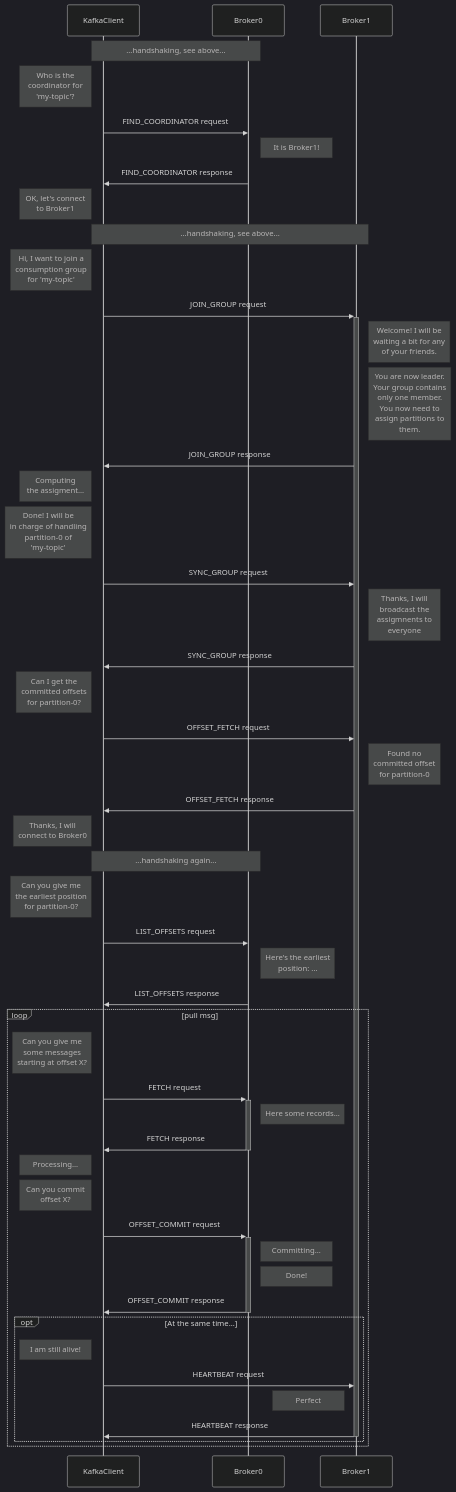
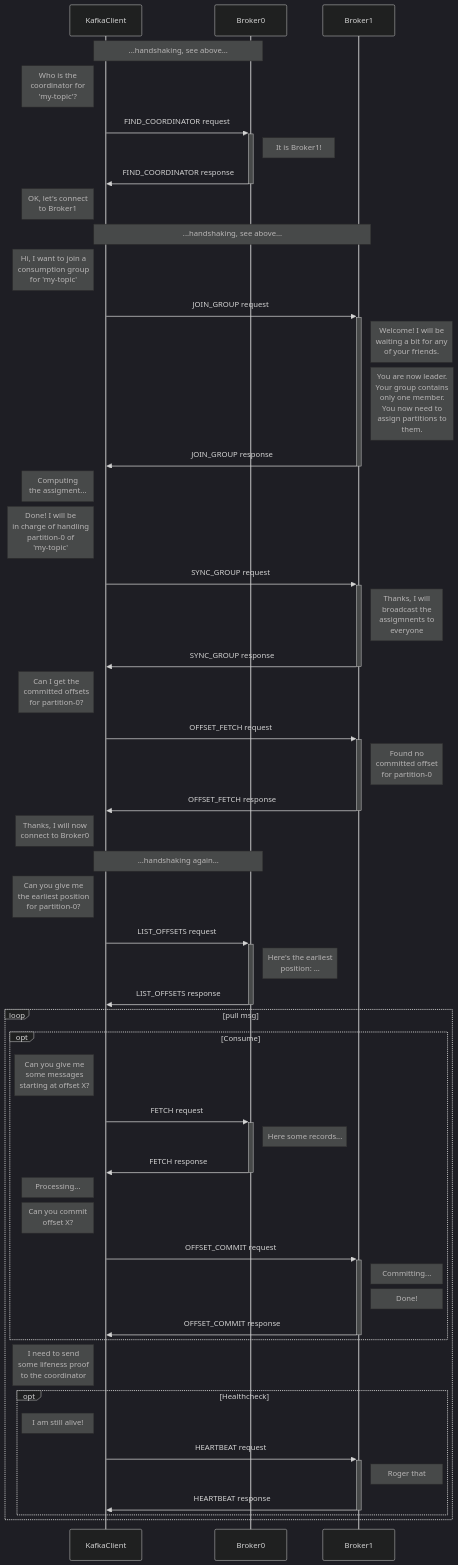
The third of 3 diagrams in content/posts/diving-into-kafka-protocol/index.md (PierreZ/pierrezemb.fr), drawn with Mermaid (dark theme) before and after one commit. The commit also changed other lines of this file and 2 other files, not shown here.

Commit message:
improvements to the kafka blogpost

```diff
--- a/content/posts/diving-into-kafka-protocol/index.md
+++ b/content/posts/diving-into-kafka-protocol/index.md
@@ -99,68 +99,71 @@
 {{<mermaid>}}
 sequenceDiagram
 
     Note over KafkaClient,Broker0: ...handshaking, see above...
 
     Note left of KafkaClient: Who is the <br/> coordinator for<br/> 'my-topic'?
-    KafkaClient ->> Broker0: FIND_COORDINATOR request
+    KafkaClient ->>+ Broker0: FIND_COORDINATOR request
 
     Note right of Broker0: It is Broker1!
-    Broker0 ->> KafkaClient: FIND_COORDINATOR response
+    Broker0 ->>- KafkaClient: FIND_COORDINATOR response
 
     Note left of KafkaClient: OK, let's connect<br/> to Broker1
     Note over KafkaClient,Broker1: ...handshaking, see above...
 
     Note left of KafkaClient: Hi, I want to join a <br/> consumption group <br/>for 'my-topic'
     KafkaClient ->>+ Broker1: JOIN_GROUP request
 
     Note right of Broker1: Welcome! I will be <br/> waiting a bit for any <br/>of your friends.
     Note right of Broker1: You are now leader. <br/>Your group contains <br/> only one member.<br/> You now  need to <br/> assign partitions to <br/> them. 
-    Broker1 ->> KafkaClient: JOIN_GROUP response
+    Broker1 ->>- KafkaClient: JOIN_GROUP response
 
     Note left of KafkaClient: Computing <br/>the assigment...
     Note left of KafkaClient: Done! I will be <br/> in charge of handling <br/> partition-0 of <br/>'my-topic'
-    KafkaClient ->> Broker1: SYNC_GROUP request
+    KafkaClient ->>+ Broker1: SYNC_GROUP request
 
     Note right of Broker1: Thanks, I will <br/>broadcast the <br/>assigmnents to <br/>everyone
-    Broker1 ->> KafkaClient: SYNC_GROUP response
+    Broker1 ->>- KafkaClient: SYNC_GROUP response
 
     Note left of KafkaClient: Can I get the <br/> committed offsets <br/> for partition-0?
-    KafkaClient ->> Broker1: OFFSET_FETCH request
+    KafkaClient ->>+ Broker1: OFFSET_FETCH request
 
     Note right of Broker1: Found no <br/>committed offset<br/> for partition-0
-    Broker1 ->> KafkaClient: OFFSET_FETCH response
+    Broker1 ->>- KafkaClient: OFFSET_FETCH response
 
-    Note left of KafkaClient: Thanks, I will <br/>connect to Broker0
+    Note left of KafkaClient: Thanks, I will now <br/>connect to Broker0
 
     Note over KafkaClient,Broker0: ...handshaking again...
 
     Note left of KafkaClient: Can you give me<br/> the earliest position<br/> for partition-0?
-    KafkaClient ->> Broker0: LIST_OFFSETS request
+    KafkaClient ->>+ Broker0: LIST_OFFSETS request
         
     Note right of Broker0: Here's the earliest <br/> position: ...
-    Broker0 ->> KafkaClient: LIST_OFFSETS response
+    Broker0 ->>- KafkaClient: LIST_OFFSETS response
     
     loop pull msg
 
-        Note left of KafkaClient: Can you give me<br/> some messages <br/> starting  at offset X?
-        KafkaClient ->>+ Broker0: FETCH request
+        opt Consume
+            Note left of KafkaClient: Can you give me<br/> some messages <br/> starting  at offset X?
+            KafkaClient ->>+ Broker0: FETCH request
 
-        Note right of Broker0: Here some records...
-        Broker0 ->>- KafkaClient: FETCH response
+            Note right of Broker0: Here some records...
+            Broker0 ->>- KafkaClient: FETCH response
 
-        Note left of KafkaClient: Processing...
-        Note left of KafkaClient: Can you commit <br/>offset X?
-        KafkaClient ->>+ Broker0: OFFSET_COMMIT request
+            Note left of KafkaClient: Processing...
+            Note left of KafkaClient: Can you commit <br/>offset X?
+            KafkaClient ->>+ Broker1: OFFSET_COMMIT request
 
-        Note right of Broker0: Committing...
-        Note right of Broker0: Done!
-        Broker0 ->>- KafkaClient: OFFSET_COMMIT response
-            
-        opt At the same time...
+            Note right of Broker1: Committing...
+            Note right of Broker1: Done!
+            Broker1 ->>- KafkaClient: OFFSET_COMMIT response
+        end
+
+        Note left of KafkaClient: I need to send <br/> some lifeness proof <br/> to the coordinator           
+        opt Healthcheck
             Note left of KafkaClient: I am still alive!  
-            KafkaClient ->> Broker1: HEARTBEAT request
-            Note left of Broker1: Perfect 
+            KafkaClient ->>+ Broker1: HEARTBEAT request
+            Note right of Broker1: Roger that
             Broker1 ->>- KafkaClient: HEARTBEAT response
         end
     end 
 {{</mermaid>}}
```
